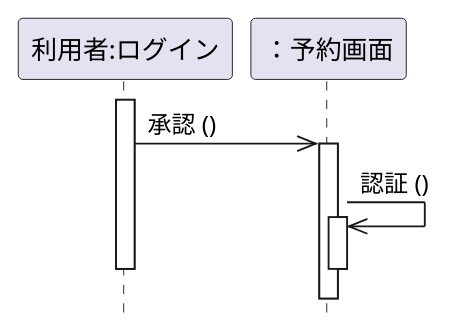
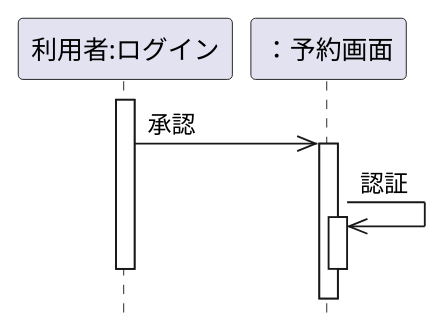
One commit to kou-hei/uml-introduction changed the diagram in 演習4-2_SD_利用者と予約画面.pu. Above: the diagram before and after it, drawn with PlantUML.

```diff
--- a/演習4-2_SD_利用者と予約画面.pu
+++ b/演習4-2_SD_利用者と予約画面.pu
@@ -1,12 +1,12 @@
 @startuml 4-2
 hide footbox
 participant "利用者:ログイン" as login
 participant "：予約画面" as reservation
 activate login
-login ->> reservation: 承認 ()
+login ->> reservation: 承認
 activate reservation
-reservation ->> reservation: 認証 ()
+reservation ->> reservation: 認証 
 activate reservation
 deactivate reservation
 deactivate login
 @enduml
```
